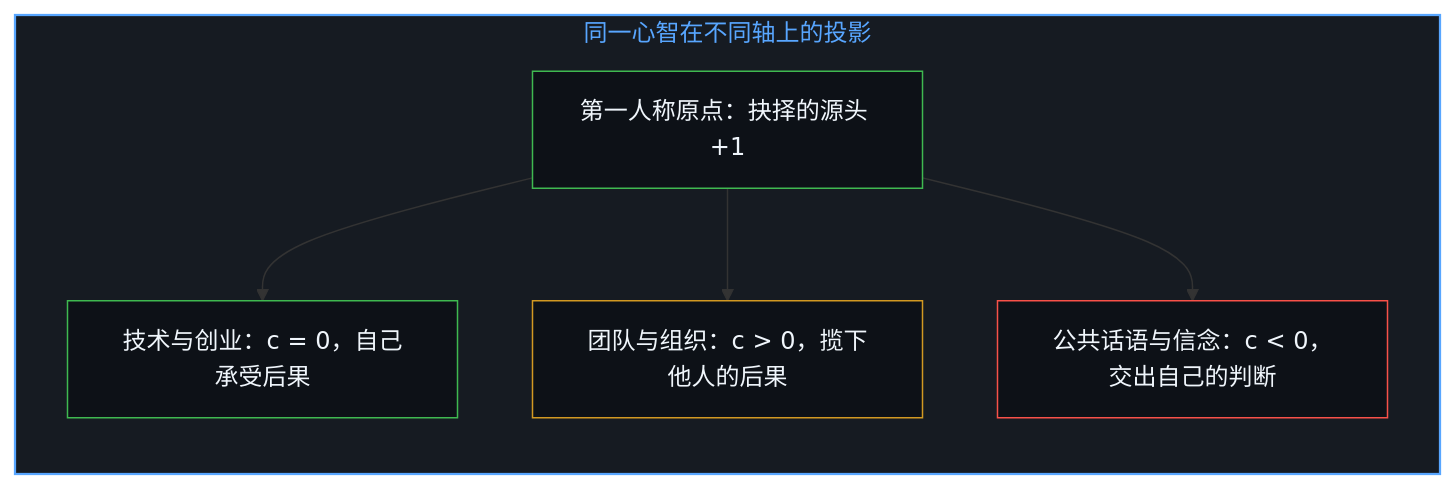
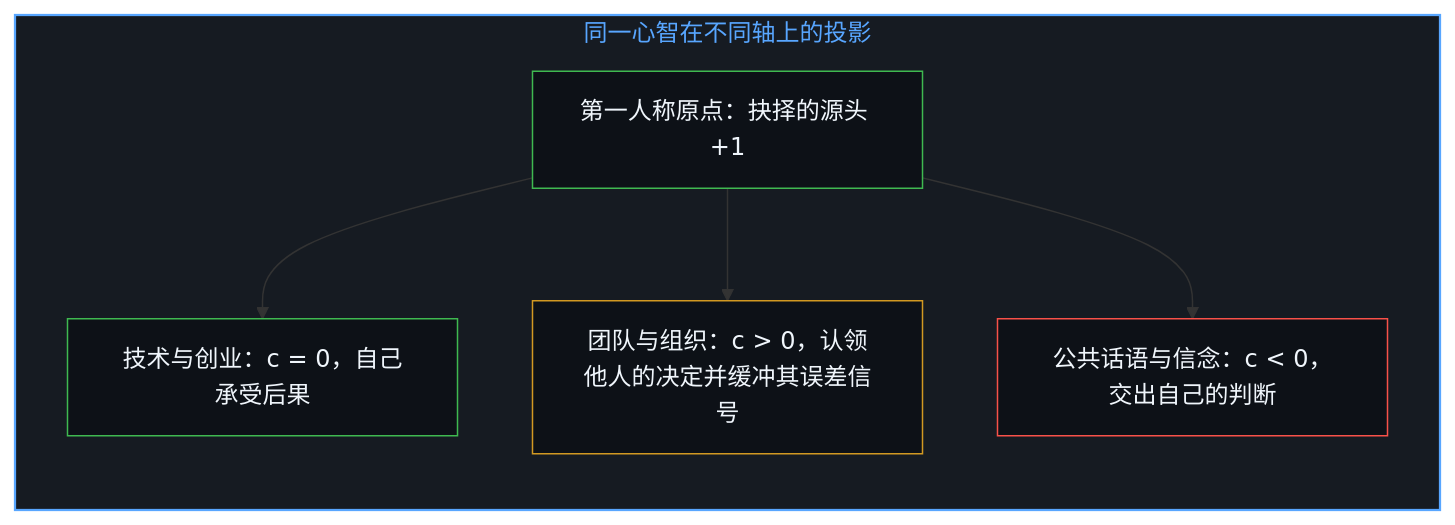
One commit to powerpig99/not-a-toe changed the third of 12 diagrams in content/posts/the-mirror-handshake-of-power.md. Above: the diagram before and after it, drawn with Mermaid. The commit also changed other lines of this file and 6 other files, not shown here.

````diff
--- a/content/posts/the-mirror-handshake-of-power.md
+++ b/content/posts/the-mirror-handshake-of-power.md
@@ -73,18 +73,18 @@
 ```mermaid
 flowchart TD
     subgraph S_Axes["同一心智在不同轴上的投影"]
         direction TB
         Mind["第一人称原点：抉择的源头 +1"]
         Tech["技术与创业：c = 0，自己承受后果"]
-        Org["团队与组织：c > 0，揽下他人的后果"]
+        Org["团队与组织：c > 0，认领他人的决定并缓冲其误差信号"]
         Idea["公共话语与信念：c < 0，交出自己的判断"]
         Mind --> Tech
         Mind --> Org
         Mind --> Idea
     end
     style S_Axes fill:#161b22,stroke:#58a6ff,stroke-width:1.5px,color:#58a6ff
     style Mind fill:#0d1117,stroke:#3fb950,stroke-width:1px,color:#f0f6fc
     style Tech fill:#0d1117,stroke:#3fb950,stroke-width:1px,color:#f0f6fc
     style Org fill:#0d1117,stroke:#d29922,stroke-width:1px,color:#f0f6fc
     style Idea fill:#0d1117,stroke:#f85149,stroke-width:1px,color:#f0f6fc
 ```
````
